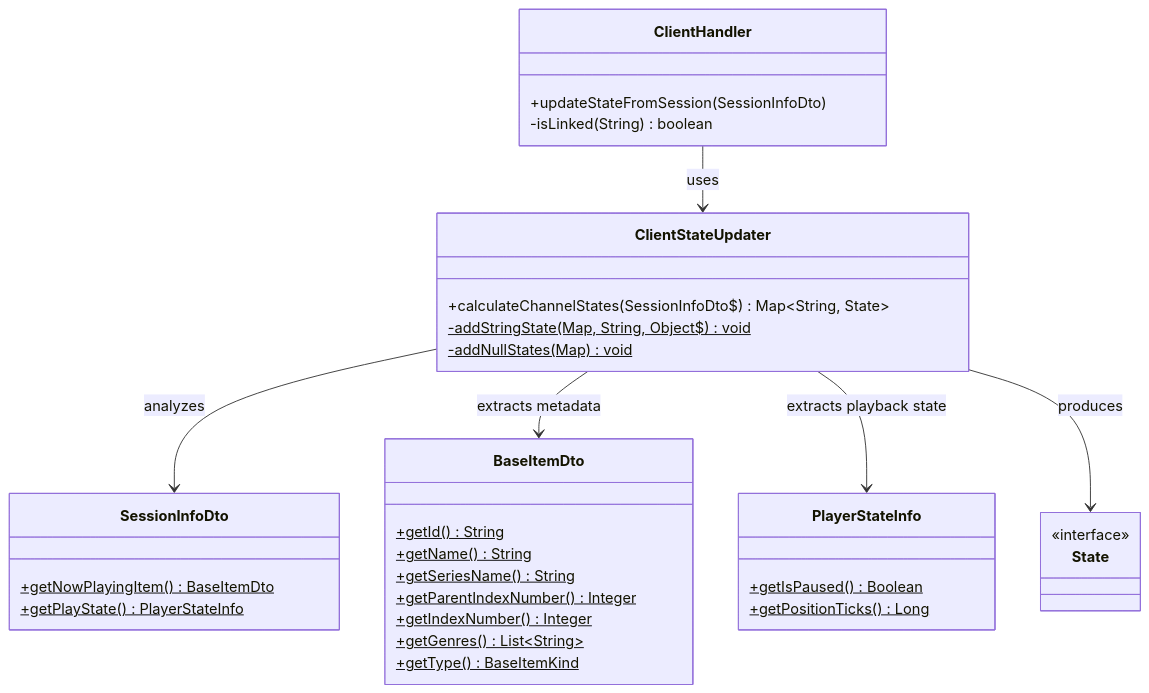
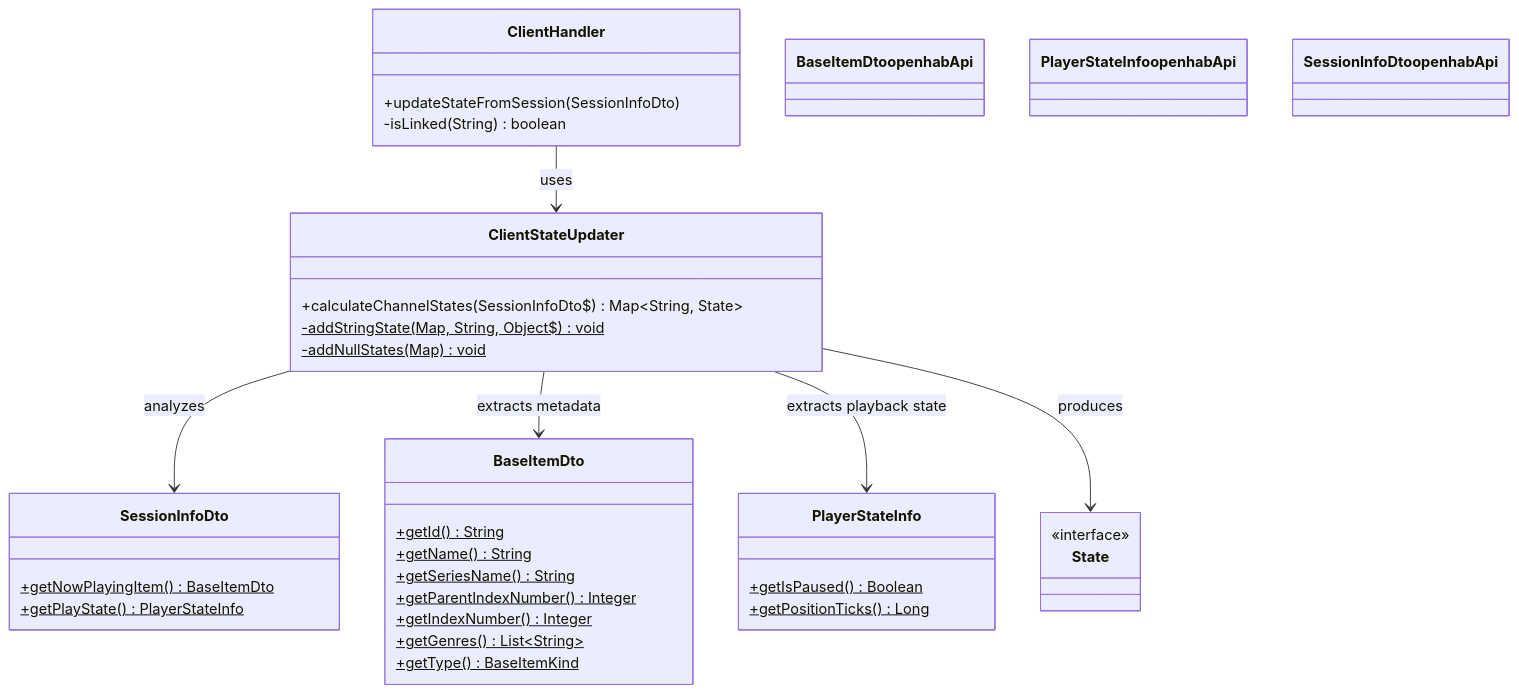
Before and after one commit to openhab/openhab-addons: the first of 2 diagrams in bundles/org.openhab.binding.jellyfin/docs/architecture/state-calculation.md, drawn with Mermaid. The commit also changed 5 other files, not shown here.

First line of the commit message:
🎨 docs: Apply color scheme to Mermaid diagrams using classDef

````diff
--- a/bundles/org.openhab.binding.jellyfin/docs/architecture/state-calculation.md
+++ b/bundles/org.openhab.binding.jellyfin/docs/architecture/state-calculation.md
@@ -14,43 +14,49 @@
 ```mermaid
 classDiagram
     ClientHandler --> ClientStateUpdater : uses
     ClientStateUpdater --> SessionInfoDto : analyzes
     ClientStateUpdater --> BaseItemDto : extracts metadata
     ClientStateUpdater --> PlayerStateInfo : extracts playback state
     ClientStateUpdater --> State : produces
 
     class ClientHandler {
         +updateStateFromSession(SessionInfoDto)
         -isLinked(String) boolean
     }
 
     class ClientStateUpdater {
         +calculateChannelStates(SessionInfoDto$) Map~String, State~
         -addStringState(Map, String, Object$) void$
         -addNullStates(Map) void$
     }
 
     class SessionInfoDto {
         +getNowPlayingItem() BaseItemDto$
         +getPlayState() PlayerStateInfo$
     }
 
     class BaseItemDto {
         +getId() String$
         +getName() String$
         +getSeriesName() String$
         +getParentIndexNumber() Integer$
         +getIndexNumber() Integer$
         +getGenres() List~String~$
         +getType() BaseItemKind$
     }
 
     class PlayerStateInfo {
         +getIsPaused() Boolean$
         +getPositionTicks() Long$
     }
 
     class State {
         <<interface>>
     }
+
+    %% Color scheme for external libraries
+    classDef openhabApi fill:#99dd99,stroke:#66bb66,color:#000
+    class BaseItemDto openhabApi
+    class PlayerStateInfo openhabApi
+    class SessionInfoDto openhabApi
 ```
````
